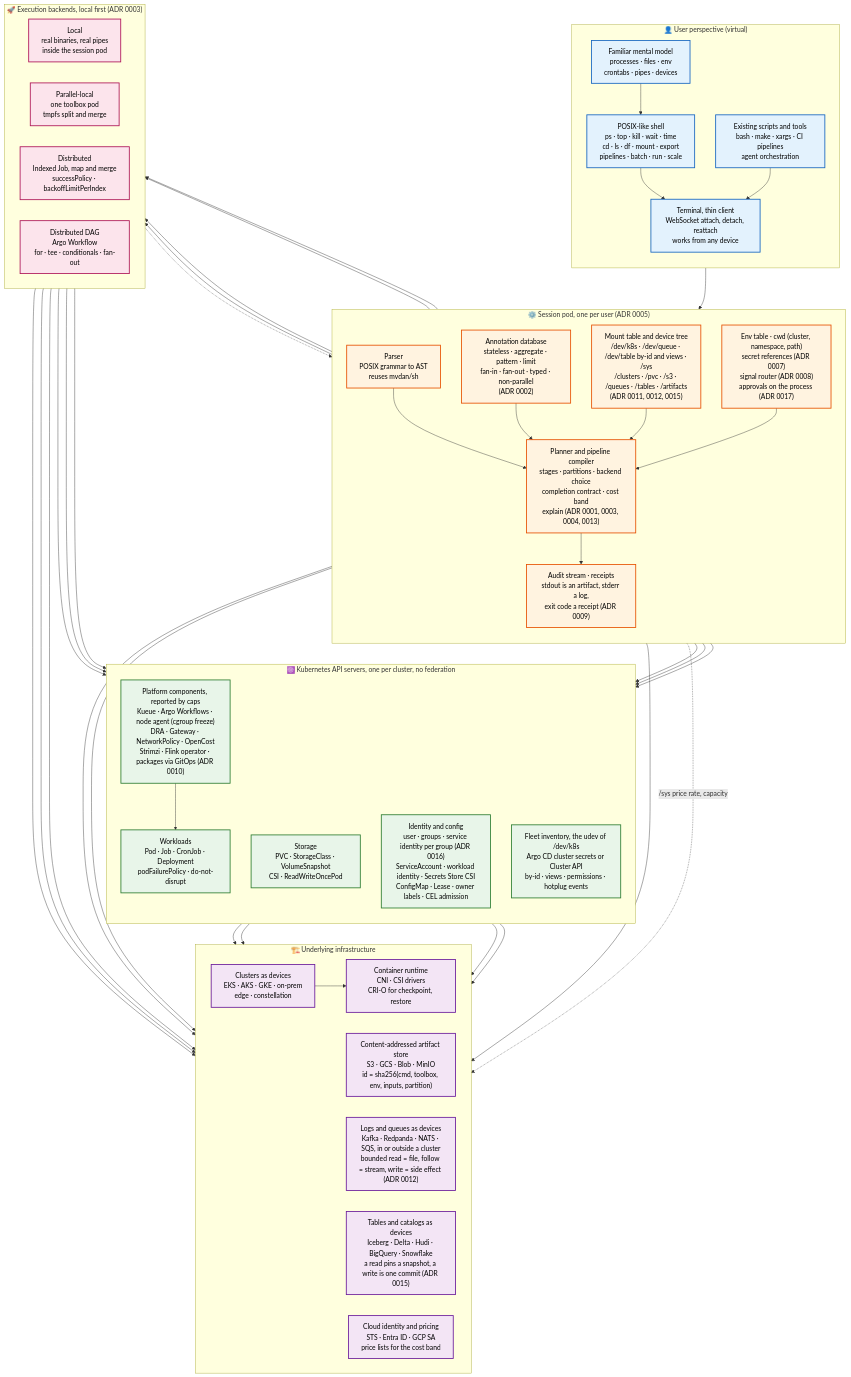
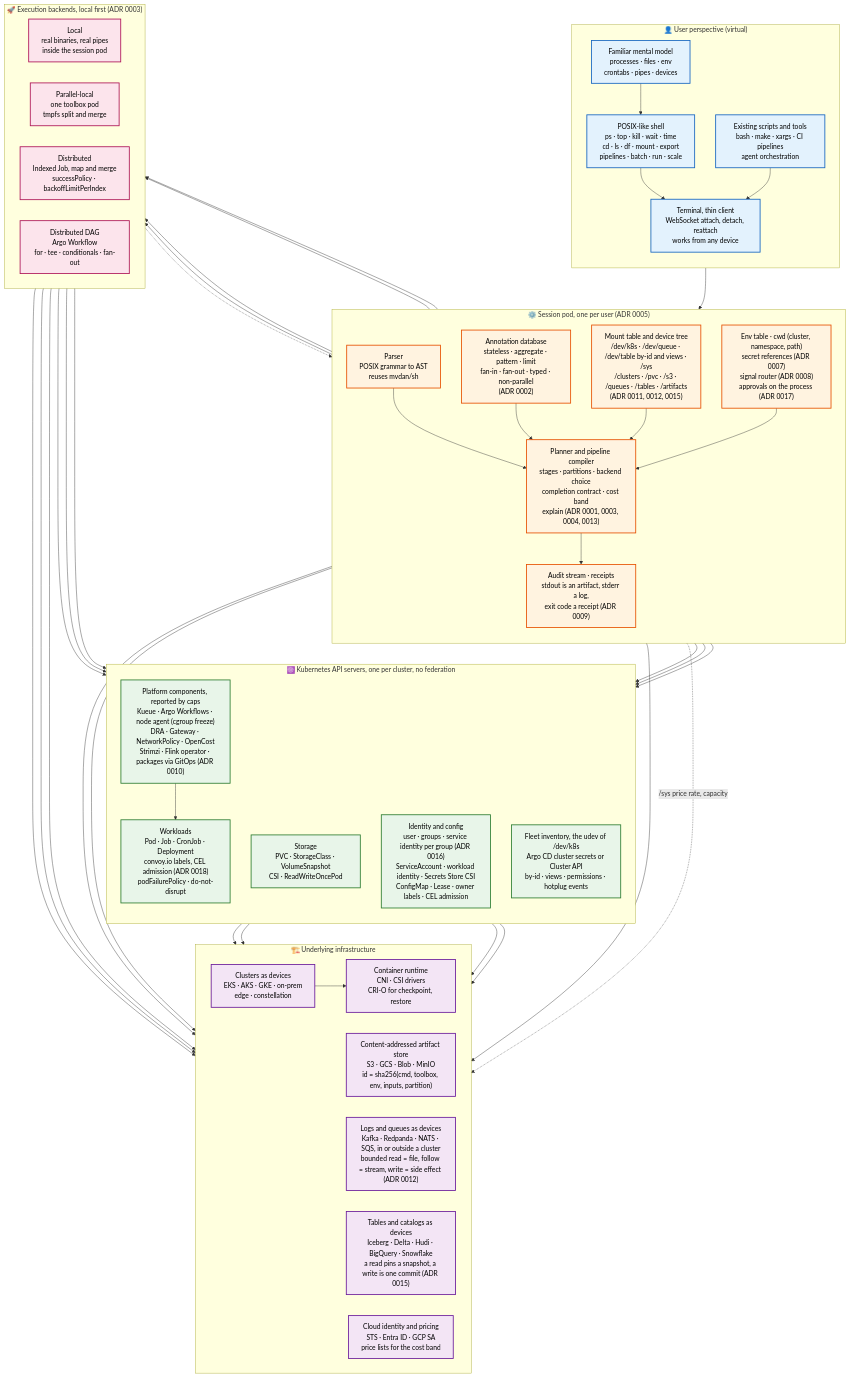
The diagram in README.md (marcioyoshida/Convoy-Fleet-Manager), drawn with Mermaid before and after one commit. The commit also changed other lines of this file and 7 other files, not shown here.

First line of the commit message:
Draft ADR 0018: labels are the signal, admission is the decision

```diff
--- a/README.md
+++ b/README.md
@@ -106,7 +106,7 @@
 
     subgraph K8s["☸️ Kubernetes API servers, one per cluster, no federation"]
         direction TB
-        Workloads["Workloads<br/>Pod · Job · CronJob · Deployment<br/>podFailurePolicy · do-not-disrupt"]
+        Workloads["Workloads<br/>Pod · Job · CronJob · Deployment<br/>convoy.io labels, CEL admission (ADR 0018)<br/>podFailurePolicy · do-not-disrupt"]
         Storage["Storage<br/>PVC · StorageClass · VolumeSnapshot<br/>CSI · ReadWriteOncePod"]
         Identity["Identity and config<br/>user · groups · service identity per group (ADR 0016)<br/>ServiceAccount · workload identity · Secrets Store CSI<br/>ConfigMap · Lease · owner labels · CEL admission"]
         Platform["Platform components, reported by caps<br/>Kueue · Argo Workflows · node agent (cgroup freeze)<br/>DRA · Gateway · NetworkPolicy · OpenCost<br/>Strimzi · Flink operator · packages via GitOps (ADR 0010)"]
```
